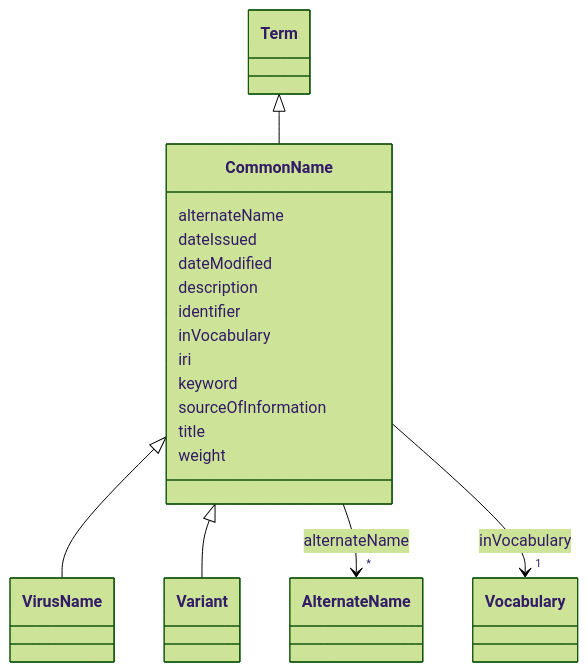
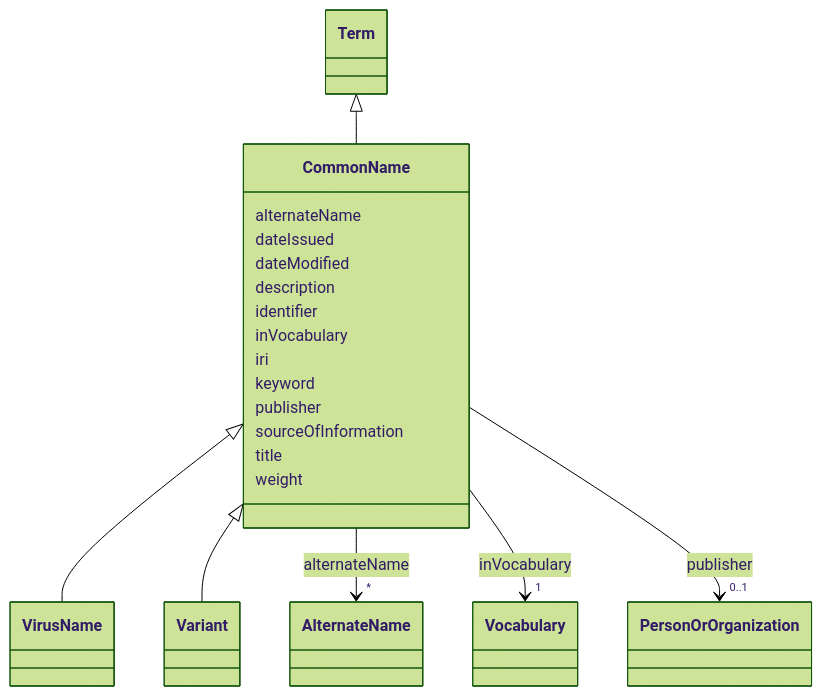
The diagram in models/docs/CommonName.md (EVORA-project/evora-ontology), drawn with Mermaid (forest theme) before and after one commit. The commit also changed other lines of this file and 468 other files, not shown here.

````diff
--- a/models/docs/CommonName.md
+++ b/models/docs/CommonName.md
@@ -19,52 +19,61 @@
 ```mermaid
  classDiagram
     class CommonName
     click CommonName href "../CommonName"
       Term <|-- CommonName
         click Term href "../Term"
       
 
       CommonName <|-- VirusName
         click VirusName href "../VirusName"
       CommonName <|-- Variant
         click Variant href "../Variant"
       
       
       CommonName : alternateName
         
           
     
     
     CommonName --> "*" AlternateName : alternateName
     click AlternateName href "../AlternateName"
 
         
       CommonName : dateIssued
         
       CommonName : dateModified
         
       CommonName : description
         
       CommonName : identifier
         
       CommonName : inVocabulary
         
           
     
     
     CommonName --> "1" Vocabulary : inVocabulary
     click Vocabulary href "../Vocabulary"
 
         
       CommonName : iri
         
       CommonName : keyword
         
+      CommonName : publisher
+        
+          
+    
+    
+    CommonName --> "0..1" PersonOrOrganization : publisher
+    click PersonOrOrganization href "../PersonOrOrganization"
+
+        
       CommonName : sourceOfInformation
         
       CommonName : title
         
       CommonName : weight
         
       
 ```
````
